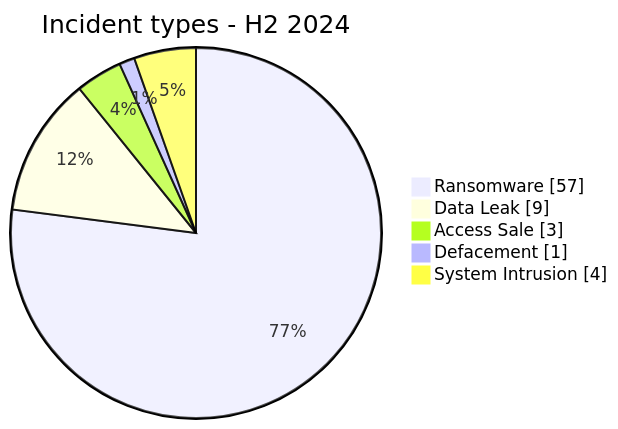
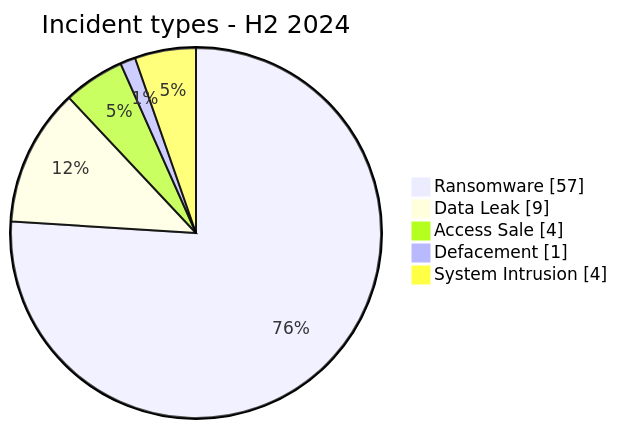
One commit to Hatchepsoute/AFRINTEL changed the diagram in CyberAttackAfrica/2024/README_H2.md. Above: the diagram before and after it, drawn with Mermaid. The commit also changed other lines of this file and 43 other files, not shown here.

````diff
--- a/CyberAttackAfrica/2024/README_H2.md
+++ b/CyberAttackAfrica/2024/README_H2.md
@@ -53,9 +53,9 @@
 ```mermaid
 pie showData
     title Incident types - H2 2024
     "Ransomware" : 57
     "Data Leak" : 9
-    "Access Sale" : 3
+    "Access Sale" : 4
     "Defacement" : 1
     "System Intrusion" : 4
 ```
````
